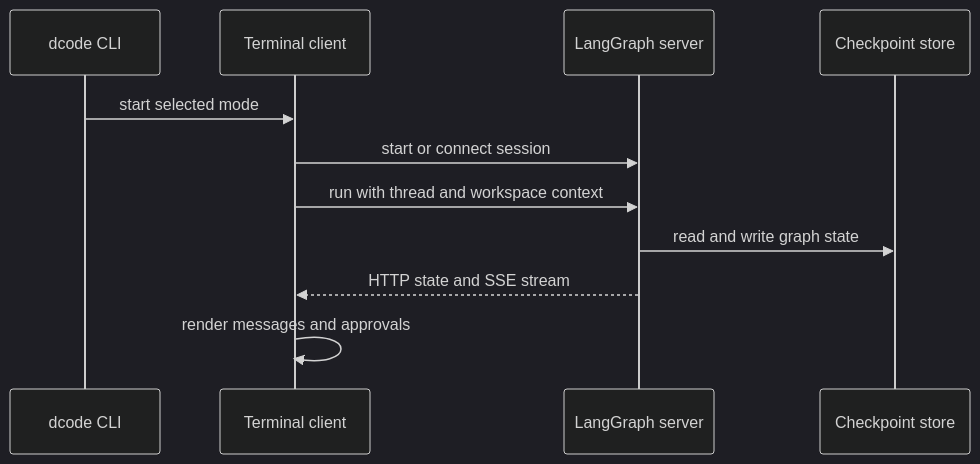
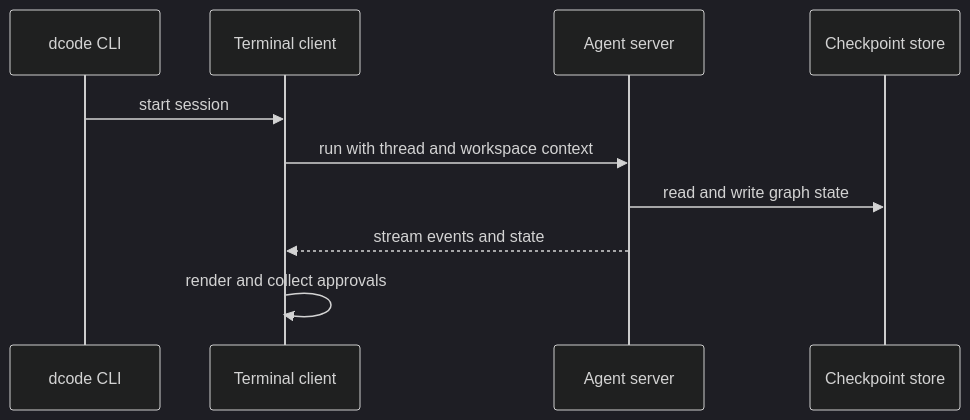
The first of 3 diagrams in openwiki/architecture/code-agent.md (langchain-ai/deepagents), drawn with Mermaid (dark theme) before and after one commit. The commit also changed other lines of this file and 47 other files, not shown here.

````diff
--- a/openwiki/architecture/code-agent.md
+++ b/openwiki/architecture/code-agent.md
@@ -77,13 +43,12 @@
 ```mermaid
 sequenceDiagram
     participant CLI as dcode CLI
     participant Client as Terminal client
-    participant Server as LangGraph server
+    participant Server as Agent server
     participant Store as Checkpoint store
-    CLI->>Client: start selected mode
-    Client->>Server: start or connect session
+    CLI->>Client: start session
     Client->>Server: run with thread and workspace context
     Server->>Store: read and write graph state
-    Server-->>Client: HTTP state and SSE stream
-    Client->>Client: render messages and approvals
+    Server-->>Client: stream events and state
+    Client->>Client: render and collect approvals
 ```
````
